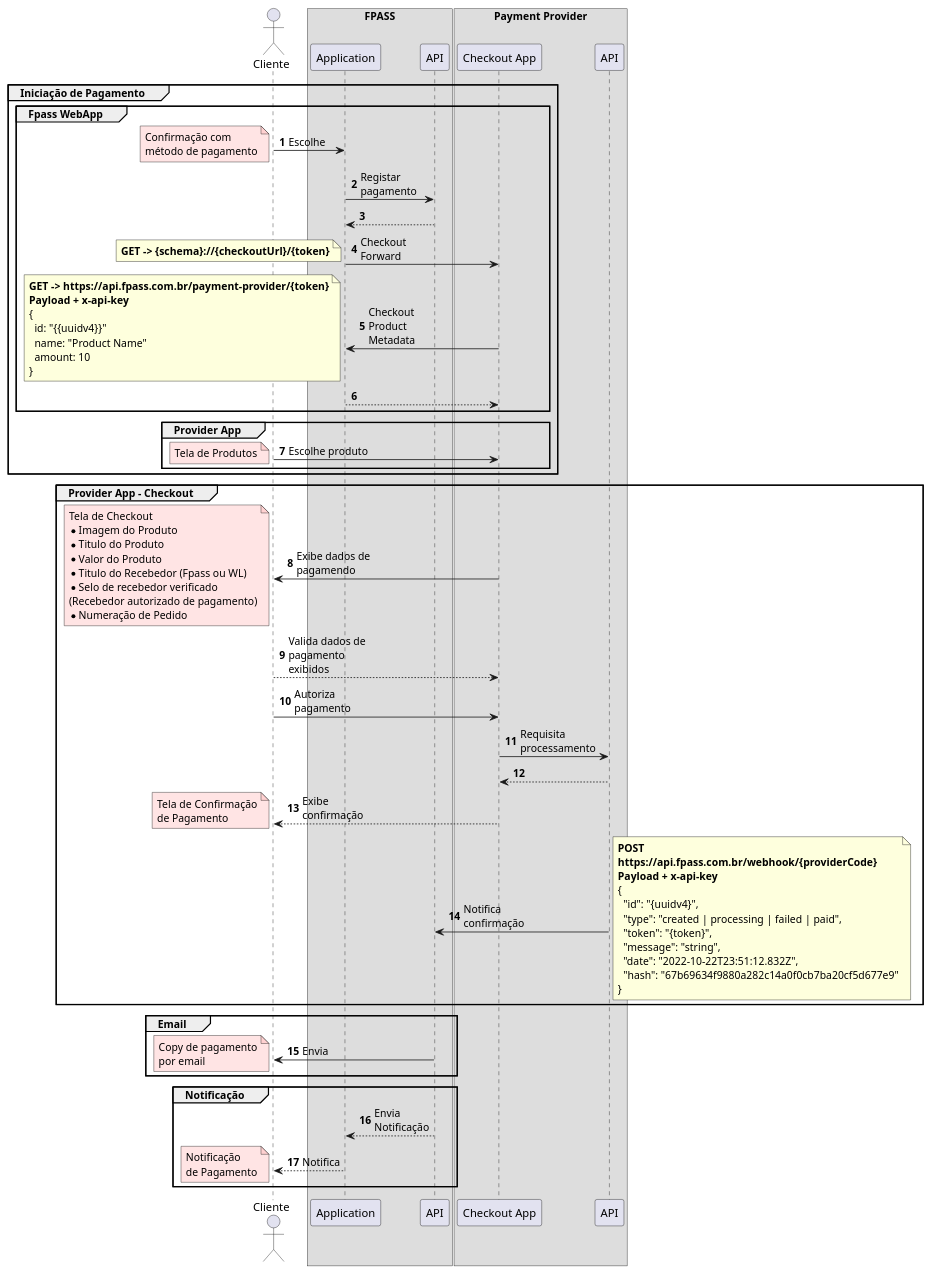
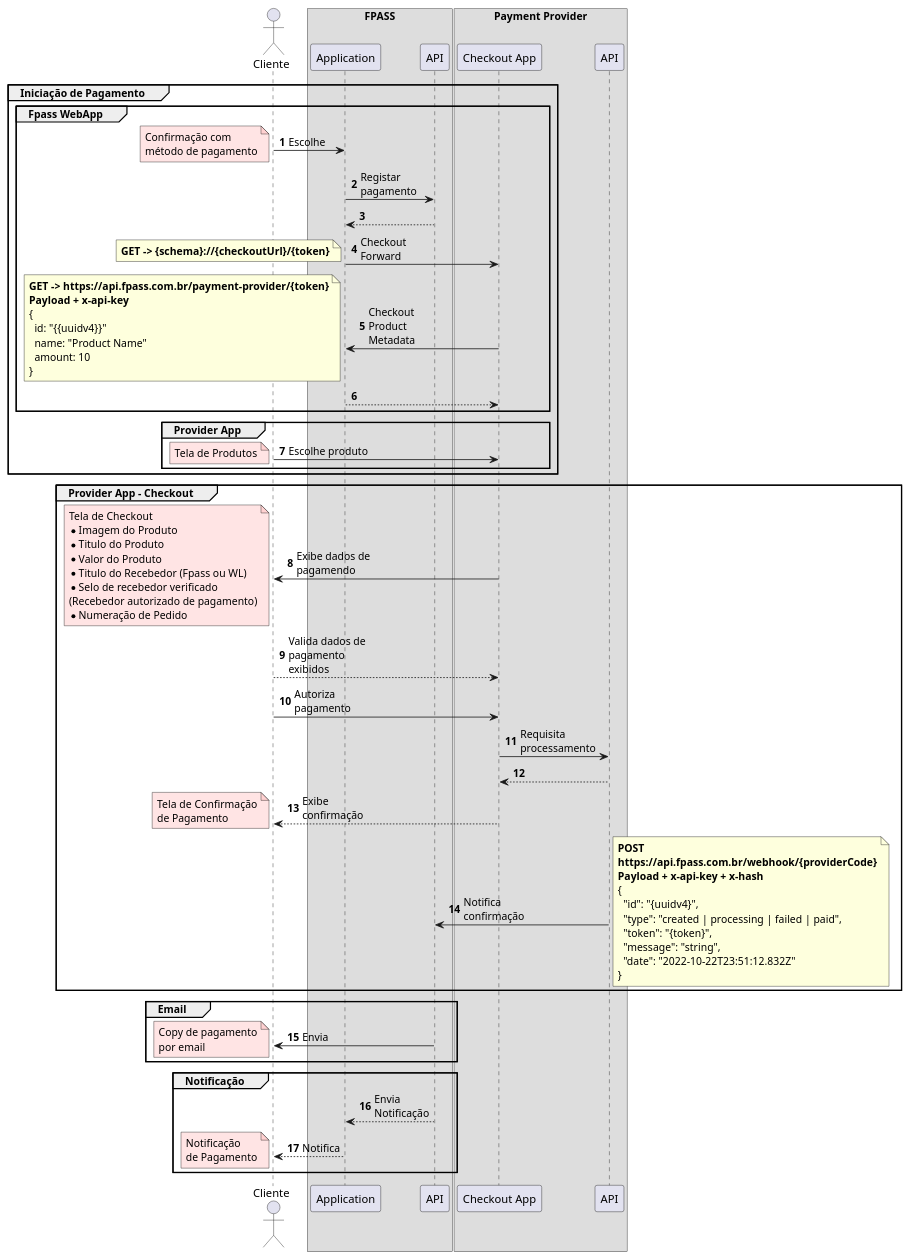
Before and after one commit to Holding-Fpass/payment-provider-sdk: the diagram in uml/overview-systems-integration.iuml, drawn with PlantUML. The commit also changed 1 other file, not shown here.

Commit message:
hash on header

```diff
--- a/uml/overview-systems-integration.iuml
+++ b/uml/overview-systems-integration.iuml
@@ -1,104 +1,103 @@
 @startuml FPass Payment Providers
 skinparam maxMessageSize 100
 autonumber
 
 actor Cliente
 
 box FPASS
 participant FpassApp as "Application"
 participant FpassAPI as "API"
 end box
 
 box Payment Provider
 participant PaymentProviderApp as "Checkout App"
 participant PaymentProviderAPI as "API"
 end box
 
 group Iniciação de Pagamento
   group Fpass WebApp
     Cliente -> FpassApp: Escolhe
     note left #FFAAAA50
     Confirmação com
     método de pagamento
     end note
     FpassApp -> FpassAPI: Registar pagamento
     return
     FpassApp -> PaymentProviderApp: Checkout Forward
     note left
       **GET -> {schema}://{checkoutUrl}/{token}**
     end note
     PaymentProviderApp -> FpassApp: Checkout Product Metadata
     note left
       **GET -> https://api.fpass.com.br/payment-provider/{token}**
       **Payload + x-api-key**
       {
         id: "{{uuidv4}}"
         name: "Product Name"
         amount: 10
       }
     end note
     return
   end
 
   group Provider App
     Cliente -> PaymentProviderApp: Escolhe produto
     note left #FFAAAA50
     Tela de Produtos
     end note
   end
 
 end
 
 group Provider App - Checkout
   PaymentProviderApp -> Cliente: Exibe dados de pagamendo
   note left #FFAAAA50
     Tela de Checkout
     * Imagem do Produto
     * Titulo do Produto
     * Valor do Produto
     * Titulo do Recebedor (Fpass ou WL)
     * Selo de recebedor verificado
     (Recebedor autorizado de pagamento)
     * Numeração de Pedido
     end note
   Cliente --> PaymentProviderApp: Valida dados de pagamento exibidos
   Cliente -> PaymentProviderApp: Autoriza pagamento
   PaymentProviderApp -> PaymentProviderAPI: Requisita processamento
   return
   PaymentProviderApp --> Cliente: Exibe confirmação
   note left #FFAAAA50
     Tela de Confirmação
     de Pagamento
   end note
   PaymentProviderAPI -> FpassAPI: Notifica confirmação
   note right
     **POST**
     **https://api.fpass.com.br/webhook/{providerCode}**
-    **Payload + x-api-key**
+    **Payload + x-api-key + x-hash**
     {
       "id": "{uuidv4}",
       "type": "created | processing | failed | paid",
       "token": "{token}",
       "message": "string",
-      "date": "2022-10-22T23:51:12.832Z",
-      "hash": "67b69634f9880a282c14a0f0cb7ba20cf5d677e9"
+      "date": "2022-10-22T23:51:12.832Z"
     }
   end note
 end
 
 group Email
 FpassAPI -> Cliente: Envia
 note left #FFAAAA50
   Copy de pagamento
   por email
 end note
 end
 group Notificação
 FpassAPI --> FpassApp: Envia Notificação
 FpassApp --> Cliente: Notifica
 note left #FFAAAA50
     Notificação
     de Pagamento
   end note
 end
 @enduml
```
